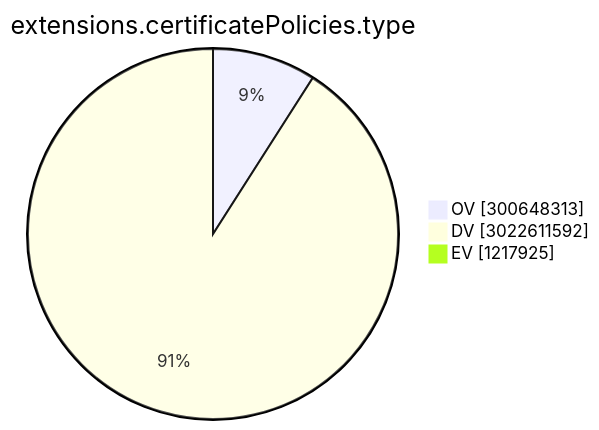
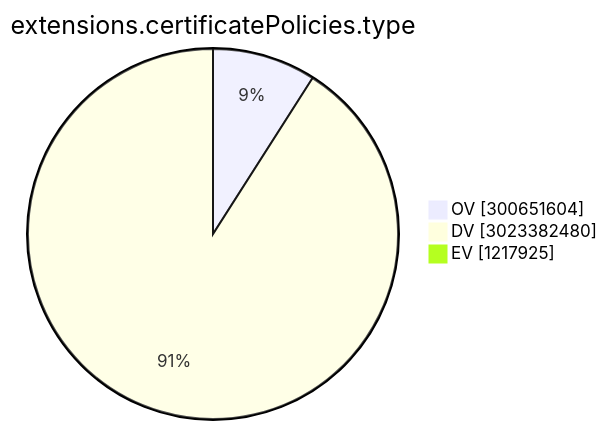
Before and after one commit to christiankrug/ctmonitor_visualization: the ninth of 15 diagrams in TOTAL/README.md, drawn with Mermaid. The commit also changed other lines of this file, not shown here.

````diff
--- a/TOTAL/README.md
+++ b/TOTAL/README.md
@@ -3102,7 +3102,7 @@
 ```mermaid
 pie showData
 title extensions.certificatePolicies.type
-"OV" :300648313
-"DV" :3022611592
+"OV" :300651604
+"DV" :3023382480
 "EV" :1217925
 ```
````
